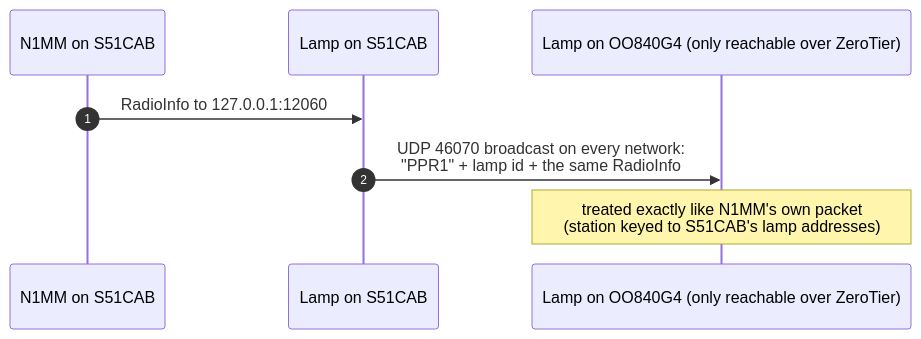
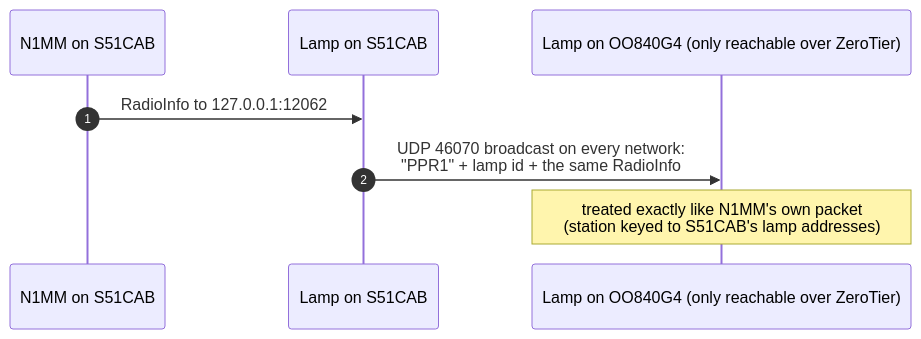
Before and after one commit to s55oo/N1MMPingPong: the first of 7 diagrams in docs/COMMUNICATION.md, drawn with Mermaid. The commit also changed other lines of this file and 13 other files, not shown here.

````diff
--- a/docs/COMMUNICATION.md
+++ b/docs/COMMUNICATION.md
@@ -138,11 +140,11 @@
 ```mermaid
 sequenceDiagram
     autonumber
     participant N as N1MM on S51CAB
     participant LS as Lamp on S51CAB
     participant LG as Lamp on OO840G4 (only reachable over ZeroTier)
 
-    N->>LS: RadioInfo to 127.0.0.1:12060
+    N->>LS: RadioInfo to 127.0.0.1:12062
     LS->>LG: UDP 46070 broadcast on every network:<br/>"PPR1" + lamp id + the same RadioInfo
     Note over LG: treated exactly like N1MM's own packet<br/>(station keyed to S51CAB's lamp addresses)
 ```
````
